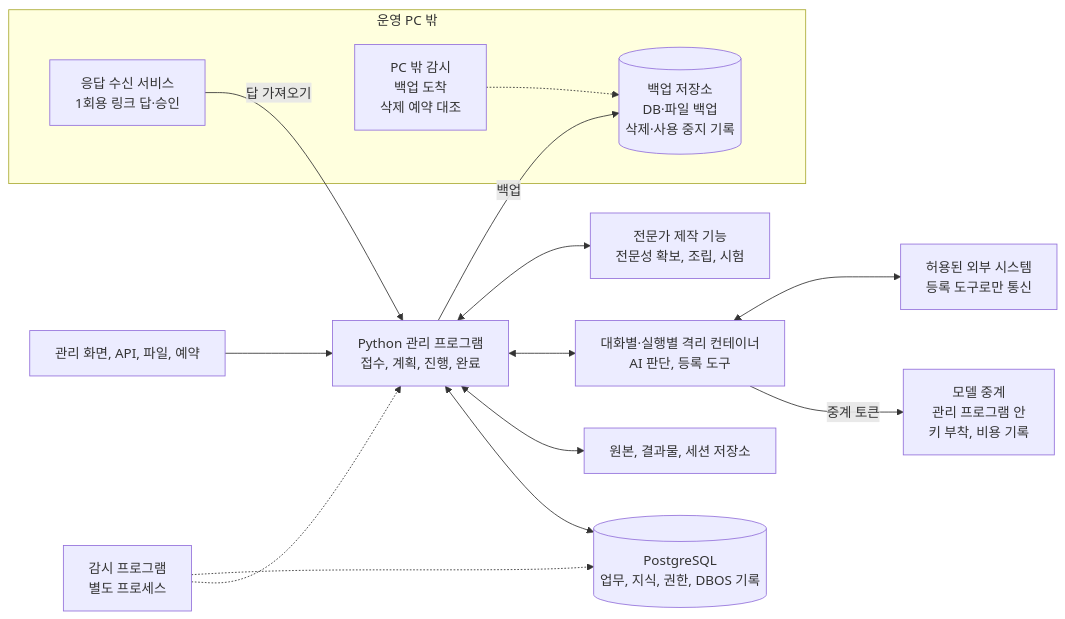
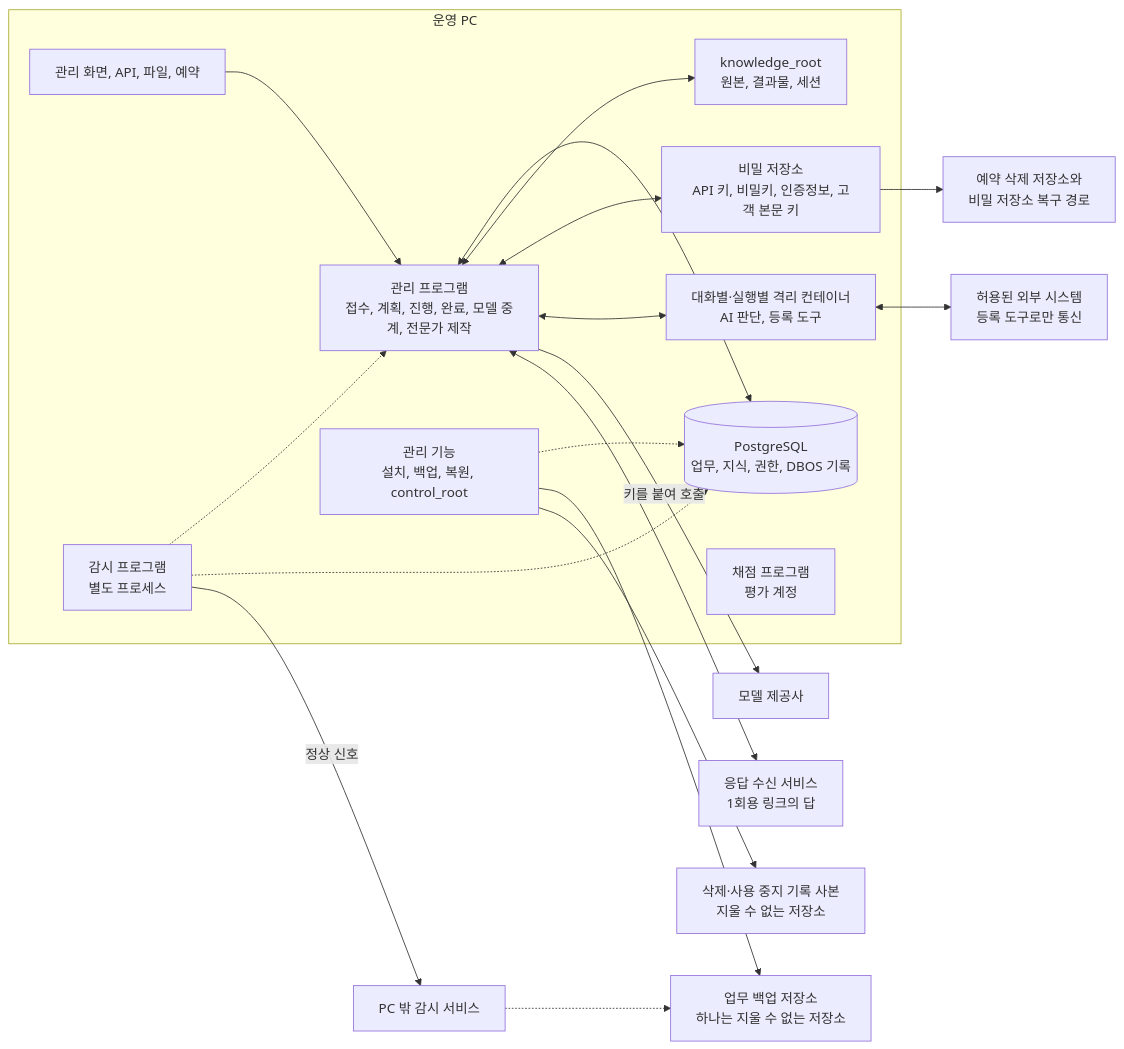
One commit to harisbaguette/expert changed the diagram in 공장 구현 설계.md. Above: the diagram before and after it, drawn with Mermaid. The commit also changed other lines of this file, not shown here.

````diff
--- a/공장 구현 설계.md
+++ b/공장 구현 설계.md
@@ -66,20 +88,22 @@
 ```mermaid
 flowchart LR
-    A["관리 화면, API, 파일, 예약"] --> B["Python 관리 프로그램<br/>접수, 계획, 진행, 완료"]
-    B <--> C[("PostgreSQL<br/>업무, 지식, 권한, DBOS 기록")]
-    B <--> D["원본, 결과물, 세션 저장소"]
-    B <--> E["대화별·실행별 격리 컨테이너<br/>AI 판단, 등록 도구"]
-    E -- "중계 토큰" --> H["모델 중계<br/>관리 프로그램 안<br/>키 부착, 비용 기록"]
+    subgraph PC["운영 PC"]
+        A["관리 화면, API, 파일, 예약"] --> B["관리 프로그램<br/>접수, 계획, 진행, 완료, 모델 중계, 전문가 제작"]
+        B <--> C[("PostgreSQL<br/>업무, 지식, 권한, DBOS 기록")]
+        B <--> D["knowledge_root<br/>원본, 결과물, 세션"]
+        B <--> S["비밀 저장소<br/>API 키, 비밀키, 인증정보, 고객 본문 키"]
+        B <--> E["대화별·실행별 격리 컨테이너<br/>AI 판단, 등록 도구"]
+        X["관리 기능<br/>설치, 백업, 복원, control_root"] -.-> C
+        T["채점 프로그램<br/>평가 계정"]
+        M["감시 프로그램<br/>별도 프로세스"] -.-> B
+        M -.-> C
+    end
+    B -- "키를 붙여 호출" --> P["모델 제공사"]
     E <--> F["허용된 외부 시스템<br/>등록 도구로만 통신"]
-    B <--> G["전문가 제작 기능<br/>전문성 확보, 조립, 시험"]
-    M["감시 프로그램<br/>별도 프로세스"] -.-> B
-    M -.-> C
-    subgraph OUT["운영 PC 밖"]
-        R["응답 수신 서비스<br/>1회용 링크 답·승인"]
-        K[("백업 저장소<br/>DB·파일 백업<br/>삭제·사용 중지 기록")]
-        P["PC 밖 감시<br/>백업 도착<br/>삭제 예약 대조"]
-    end
-    R -- "답 가져오기" --> B
-    B -- "백업" --> K
-    P -.-> K
+    X --> K["업무 백업 저장소<br/>하나는 지울 수 없는 저장소"]
+    X --> L["삭제·사용 중지 기록 사본<br/>지울 수 없는 저장소"]
+    S --> Q["예약 삭제 저장소와<br/>비밀 저장소 복구 경로"]
+    M -- "정상 신호" --> W["PC 밖 감시 서비스"]
+    W -.-> K
+    B <--> R["응답 수신 서비스<br/>1회용 링크의 답"]
 ```
````
